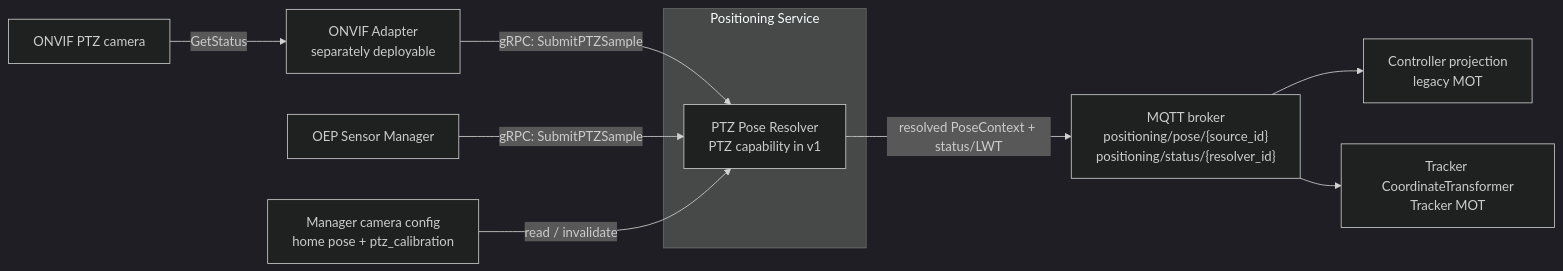
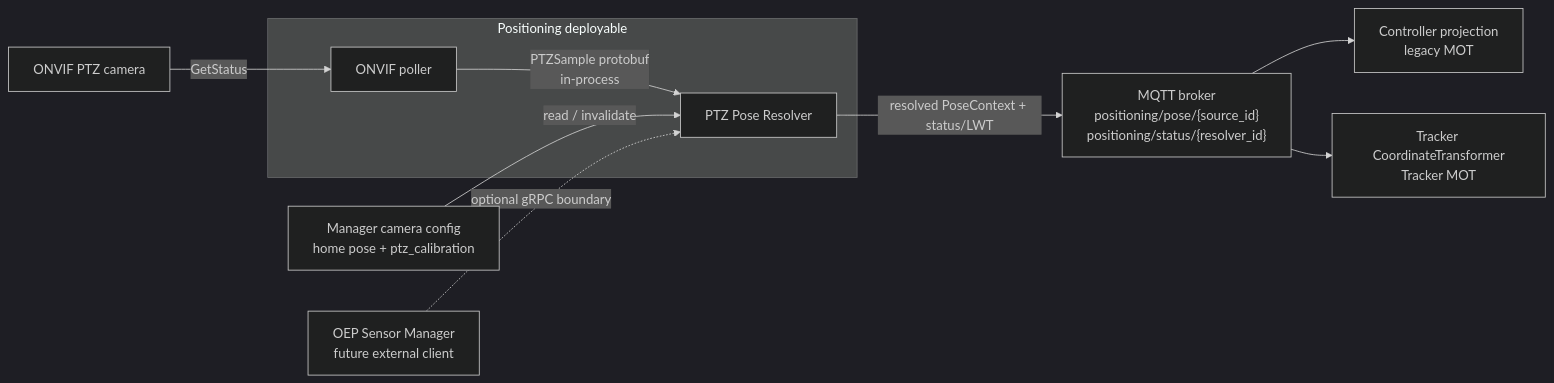
The diagram in docs/design/ptz-camera-pose-service.md (open-edge-platform/scenescape), drawn with Mermaid (dark theme) before and after one commit. The commit also changed other lines of this file, not shown here.

Commit message:
simplification in phase 1 of the implementation: dwell time instead of queuing, onvif polling part of the service

````diff
--- a/docs/design/ptz-camera-pose-service.md
+++ b/docs/design/ptz-camera-pose-service.md
@@ -166,13 +166,13 @@
 ```mermaid
 flowchart LR
-  CAM["ONVIF PTZ camera"] -->|GetStatus| ADAPTER["ONVIF Adapter\nseparately deployable"]
-  subgraph POSITIONING["Positioning Service"]
-    RESOLVER["PTZ Pose Resolver\nPTZ capability in v1"]
+  subgraph POSITIONING["Positioning deployable"]
+    POLLER["ONVIF poller"]
+    POLLER -->|"PTZSample protobuf\nin-process"| RESOLVER["PTZ Pose Resolver"]
   end
-  ADAPTER -->|gRPC: SubmitPTZSample| RESOLVER
-  SENSOR["OEP Sensor Manager"] -->|gRPC: SubmitPTZSample| RESOLVER
+  CAM["ONVIF PTZ camera"] -->|GetStatus| POLLER
   MANAGER["Manager camera config\nhome pose + ptz_calibration"] -->|read / invalidate| RESOLVER
+  SENSOR["OEP Sensor Manager\nfuture external client"] -.->|"optional gRPC boundary"| RESOLVER
   RESOLVER -->|resolved PoseContext + status/LWT| MQTT["MQTT broker\npositioning/pose/{source_id}\npositioning/status/{resolver_id}"]
   MQTT --> CTRL["Controller projection\nlegacy MOT"]
   MQTT --> TRACKER["Tracker CoordinateTransformer\nTracker MOT"]
 ```
````
